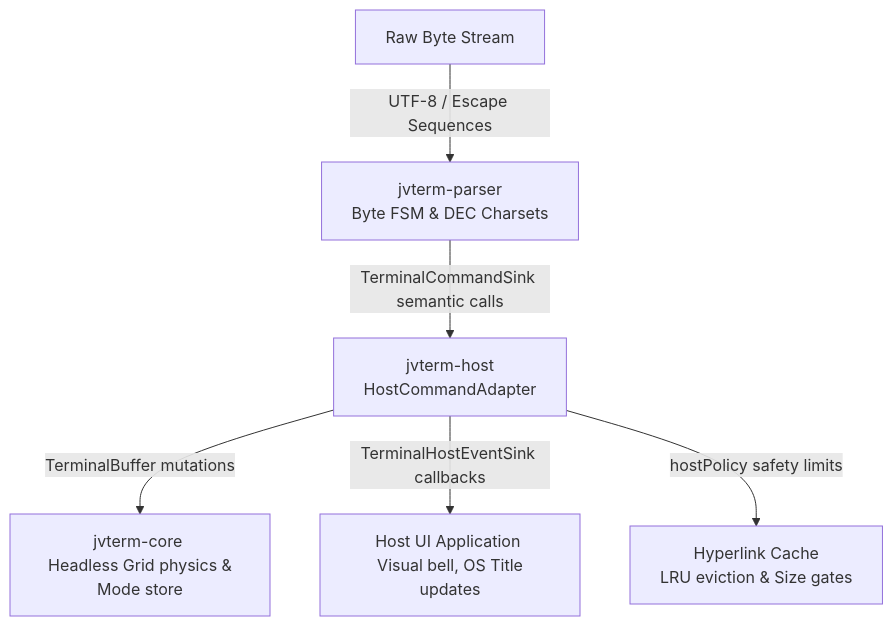
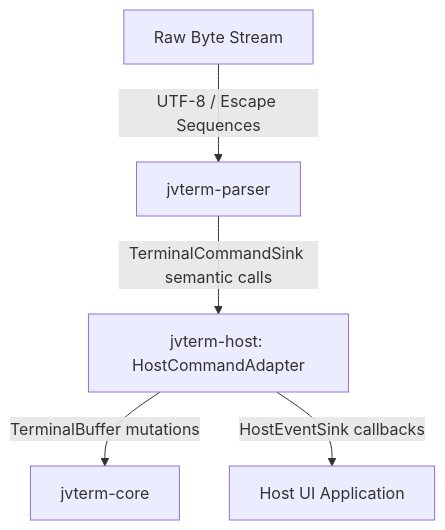
Before and after one commit to ketraterm/KetraTerm: the diagram in jvterm-host/README.md, drawn with Mermaid. The commit also changed other lines of this file and 29 other files, not shown here.

````diff
--- a/jvterm-host/README.md
+++ b/jvterm-host/README.md
@@ -20,8 +20,7 @@
 ```mermaid
 graph TD
-    HostBytes[Raw Byte Stream] -->|UTF-8 / Escape Sequences| Parser[jvterm-parser <br> Byte FSM & DEC Charsets]
-    Parser -->|TerminalCommandSink semantic calls| Integration[jvterm-host <br> HostCommandAdapter]
-    Integration -->|TerminalBuffer mutations| Core[jvterm-core <br> Headless Grid physics & Mode store]
-    Integration -->|TerminalHostEventSink callbacks| HostApp[Host UI Application <br> Visual bell, OS Title updates]
-    Integration -->|hostPolicy safety limits| HyperlinkLRU[Hyperlink Cache <br> LRU eviction & Size gates]
+    HostBytes[Raw Byte Stream] -->|UTF-8 / Escape Sequences| Parser[jvterm-parser]
+    Parser -->|TerminalCommandSink semantic calls| Integration[jvterm-host: HostCommandAdapter]
+    Integration -->|TerminalBuffer mutations| Core[jvterm-core]
+    Integration -->|HostEventSink callbacks| HostApp[Host UI Application]
 ```
````
